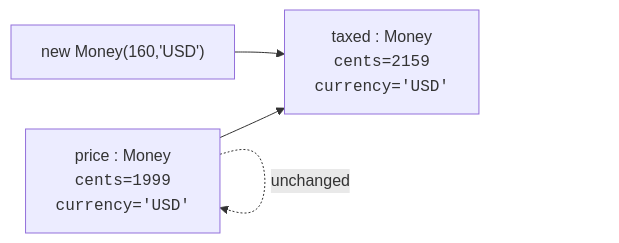
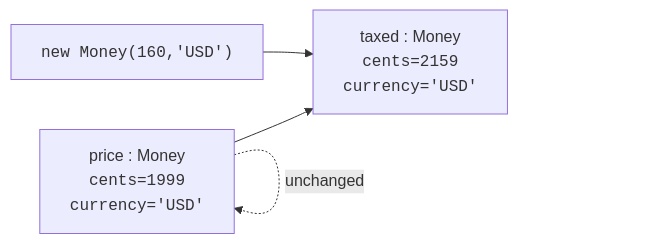
Before and after one commit to dataslope/dataslope: the third of 3 diagrams in content/courses/oop-blueprint-java/constructors-and-state.mdx, drawn with Mermaid. The commit also changed other lines of this file and 65 other files, not shown here.

First line of the commit message:
Set code in every mermaid label in the mono face

````diff
--- a/content/courses/oop-blueprint-java/constructors-and-state.mdx
+++ b/content/courses/oop-blueprint-java/constructors-and-state.mdx
@@ -275,10 +275,10 @@
 ```mermaid
 flowchart LR
     P["price : Money<br/><code>cents=1999</code><br/><code>currency='USD'</code>"]
     T["taxed : Money<br/><code>cents=2159</code><br/><code>currency='USD'</code>"]
-    O["new Money(160,'USD')"]
+    O["<code>new Money(160,'USD')</code>"]
 
     P -. unchanged .-> P
     O --> T
     P --> T
 ```
````
